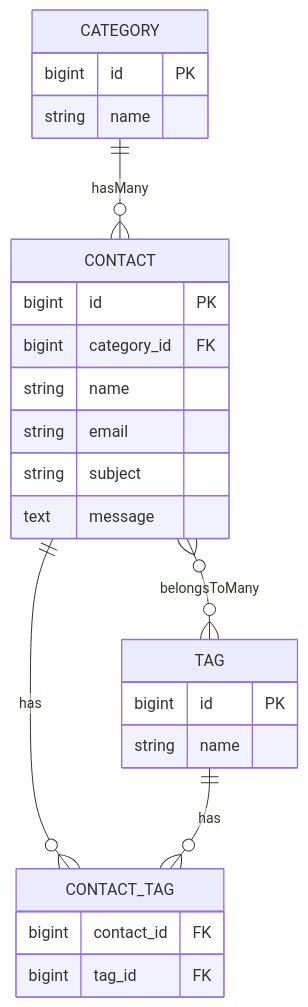
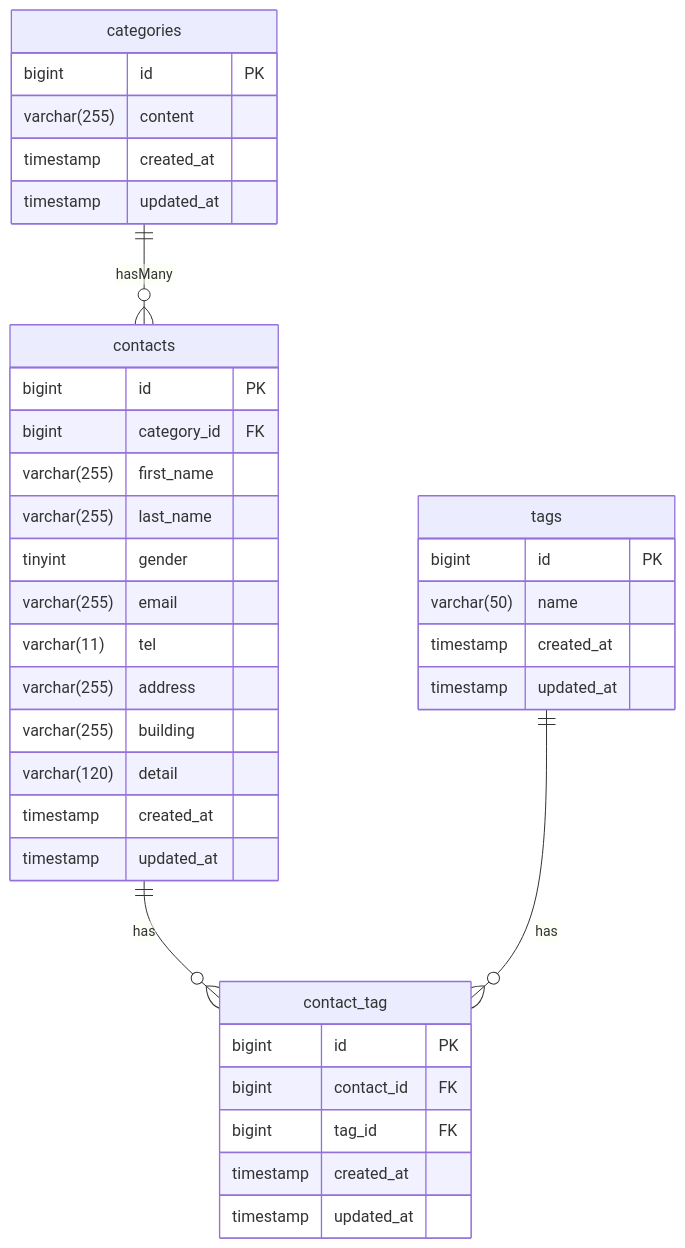
Before and after one commit to Asuka-Asai06/contact-form-app: the diagram in README.md, drawn with Mermaid. The commit also changed 6 other files, not shown here.

````diff
--- a/README.md
+++ b/README.md
@@ -8,32 +8,44 @@
 ```mermaid
 erDiagram
-    CATEGORY ||--o{ CONTACT : hasMany
-    CONTACT }o--o{ TAG : belongsToMany
+    categories ||--o{ contacts : hasMany
 
-    CATEGORY {
+    categories {
         bigint id PK
-        string name
+        varchar(255) content
+        timestamp created_at
+        timestamp updated_at
     }
 
-    CONTACT {
+    contacts {
         bigint id PK
         bigint category_id FK
-        string name
-        string email
-        string subject
-        text message
+        varchar(255) first_name
+        varchar(255) last_name
+        tinyint gender
+        varchar(255) email
+        varchar(11) tel
+        varchar(255) address
+        varchar(255) building
+        varchar(120) detail
+        timestamp created_at
+        timestamp updated_at
     }
 
-    TAG {
+    tags {
         bigint id PK
-        string name
+        varchar(50) name
+        timestamp created_at
+        timestamp updated_at
     }
 
-    CONTACT_TAG {
+    contact_tag {
+        bigint id PK
         bigint contact_id FK
         bigint tag_id FK
+        timestamp created_at
+        timestamp updated_at
     }
 
-    CONTACT ||--o{ CONTACT_TAG : has
-    TAG ||--o{ CONTACT_TAG : has
+    contacts ||--o{ contact_tag : has
+    tags ||--o{ contact_tag : has
 ```
````
